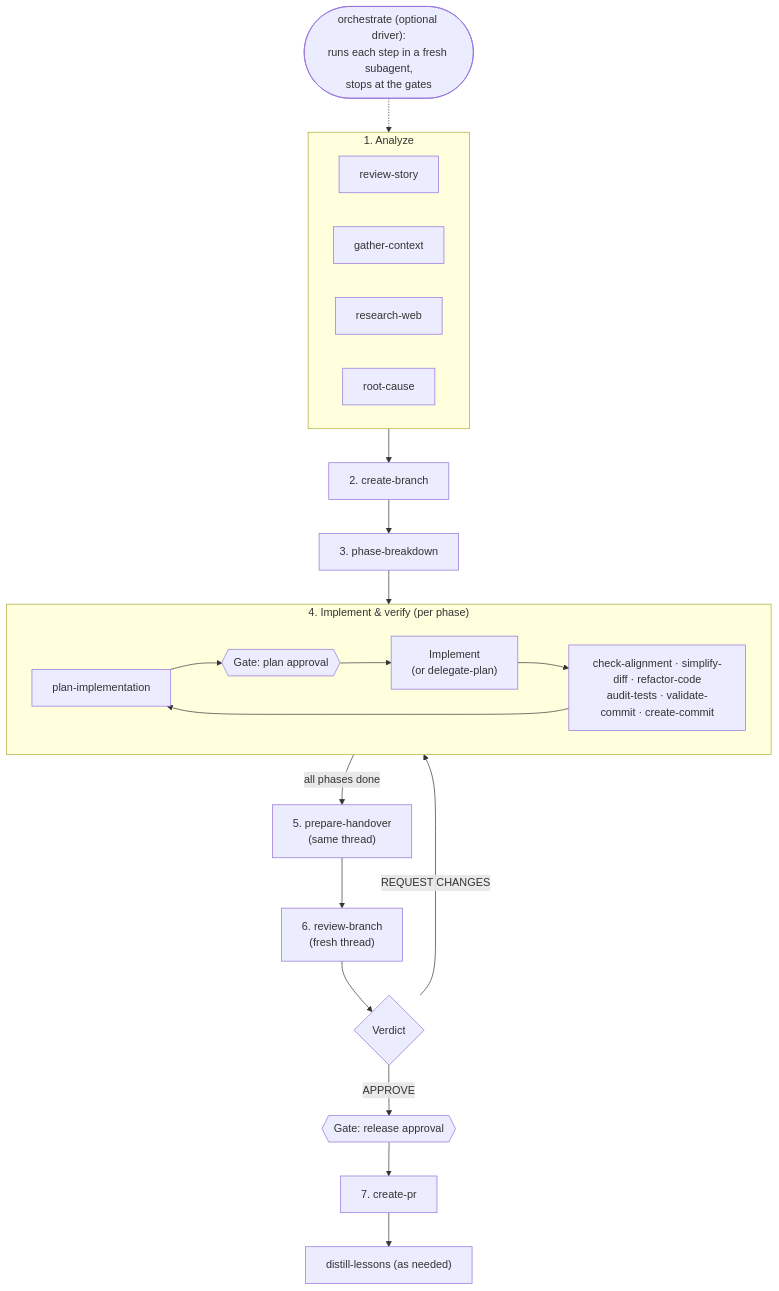
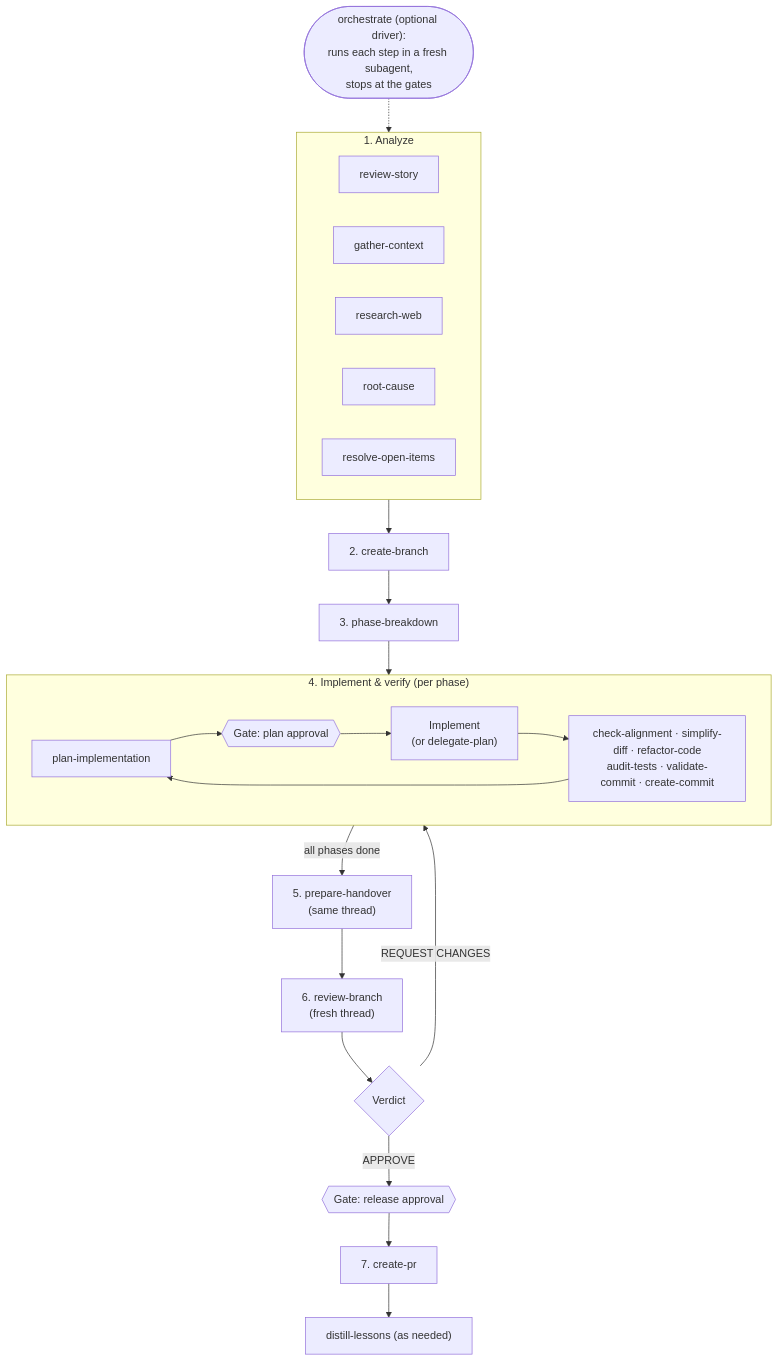
Before and after one commit to jrobertogarcia/agent-workflows: the diagram in LIFECYCLE.md, drawn with Mermaid. The commit also changed other lines of this file and 6 other files, not shown here.

First line of the commit message:
feat(skills): research open items before asking, and use it in orchestrate (#62)

````diff
--- a/LIFECYCLE.md
+++ b/LIFECYCLE.md
@@ -9,35 +9,36 @@
 ```mermaid
 graph TD
     OR(["orchestrate (optional driver):<br>runs each step in a fresh subagent,<br>stops at the gates"])
 
     subgraph Analyzing ["1. Analyze"]
         RS["review-story"]
         GC["gather-context"]
         RW["research-web"]
         RC["root-cause"]
+        RO["resolve-open-items"]
     end
 
     CB["2. create-branch"]
     PB["3. phase-breakdown"]
 
     subgraph Loop ["4. Implement & verify (per phase)"]
         PI["plan-implementation"]
         G1{{"Gate: plan approval"}}
         Code["Implement<br>(or delegate-plan)"]
         V["check-alignment · simplify-diff · refactor-code<br>audit-tests · validate-commit · create-commit"]
         PI --> G1 --> Code --> V --> PI
     end
 
     PH["5. prepare-handover<br>(same thread)"]
     RB["6. review-branch<br>(fresh thread)"]
     Decide{"Verdict"}
     G2{{"Gate: release approval"}}
     CPR["7. create-pr"]
     DL["distill-lessons (as needed)"]
 
     Analyzing --> CB --> PB --> Loop
     Loop -->|all phases done| PH --> RB --> Decide
     Decide -->|REQUEST CHANGES| Loop
     Decide -->|APPROVE| G2 --> CPR --> DL
     OR -.-> Analyzing
 ```
````
